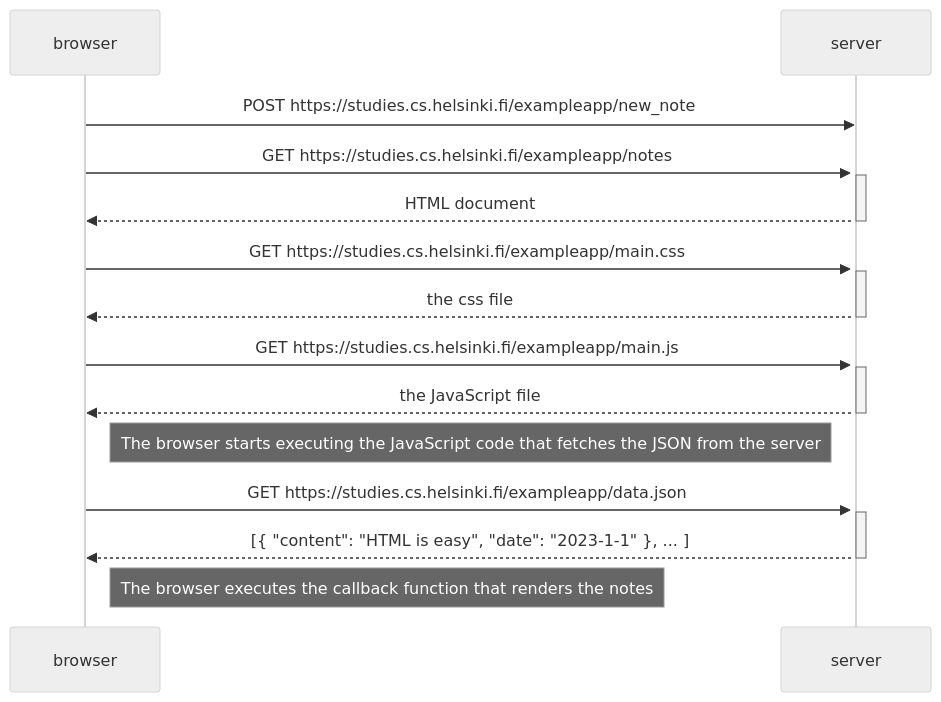
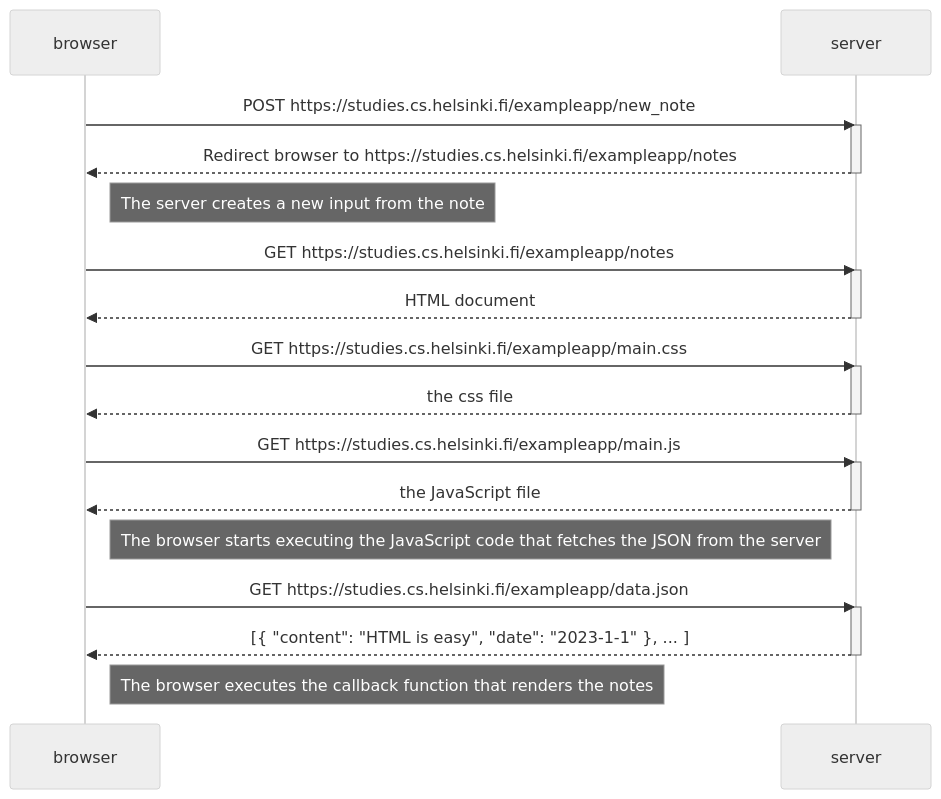
Before and after one commit to akuraunio/fullstack-hy-palautus: the diagram in osa0/0,4.md, drawn with Mermaid (neutral theme).

````diff
--- a/osa0/0,4.md
+++ b/osa0/0,4.md
@@ -1,32 +1,36 @@
 ```mermaid
 sequenceDiagram
     participant browser
     participant server
 
     browser->>server: POST https://studies.cs.helsinki.fi/exampleapp/new_note
     activate server
+    server-->>browser: Redirect browser to https://studies.cs.helsinki.fi/exampleapp/notes
+    deactivate server
+
+    Note right of browser: The server creates a new input from the note
 
     browser->>server: GET https://studies.cs.helsinki.fi/exampleapp/notes
     activate server
     server-->>browser: HTML document
     deactivate server
     
     browser->>server: GET https://studies.cs.helsinki.fi/exampleapp/main.css
     activate server
     server-->>browser: the css file
     deactivate server
     
     browser->>server: GET https://studies.cs.helsinki.fi/exampleapp/main.js
     activate server
     server-->>browser: the JavaScript file
     deactivate server
     
     Note right of browser: The browser starts executing the JavaScript code that fetches the JSON from the server
     
     browser->>server: GET https://studies.cs.helsinki.fi/exampleapp/data.json
     activate server
     server-->>browser: [{ "content": "HTML is easy", "date": "2023-1-1" }, ... ]
     deactivate server    
 
     Note right of browser: The browser executes the callback function that renders the notes 
 ```
````
